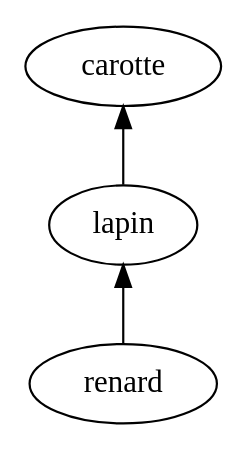
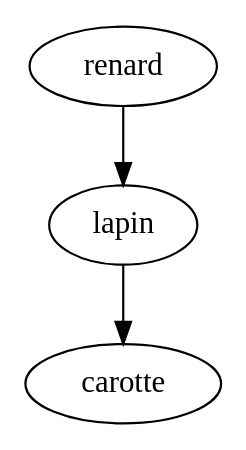
Before and after one commit to GTHBgaby/4H-ReseauxTrophiques: the diagram in test.dot, drawn with Graphviz.

Commit message:
github veut pas pull

```diff
--- a/test.dot
+++ b/test.dot
@@ -1,7 +1,7 @@
 digraph mongraphe {
-    rankdir=BT;
+    rankdir=TB;
     node [shape=ellipse, style=filled, fillcolor=white];
 
     renard -> lapin
     lapin -> carotte
 }
```
